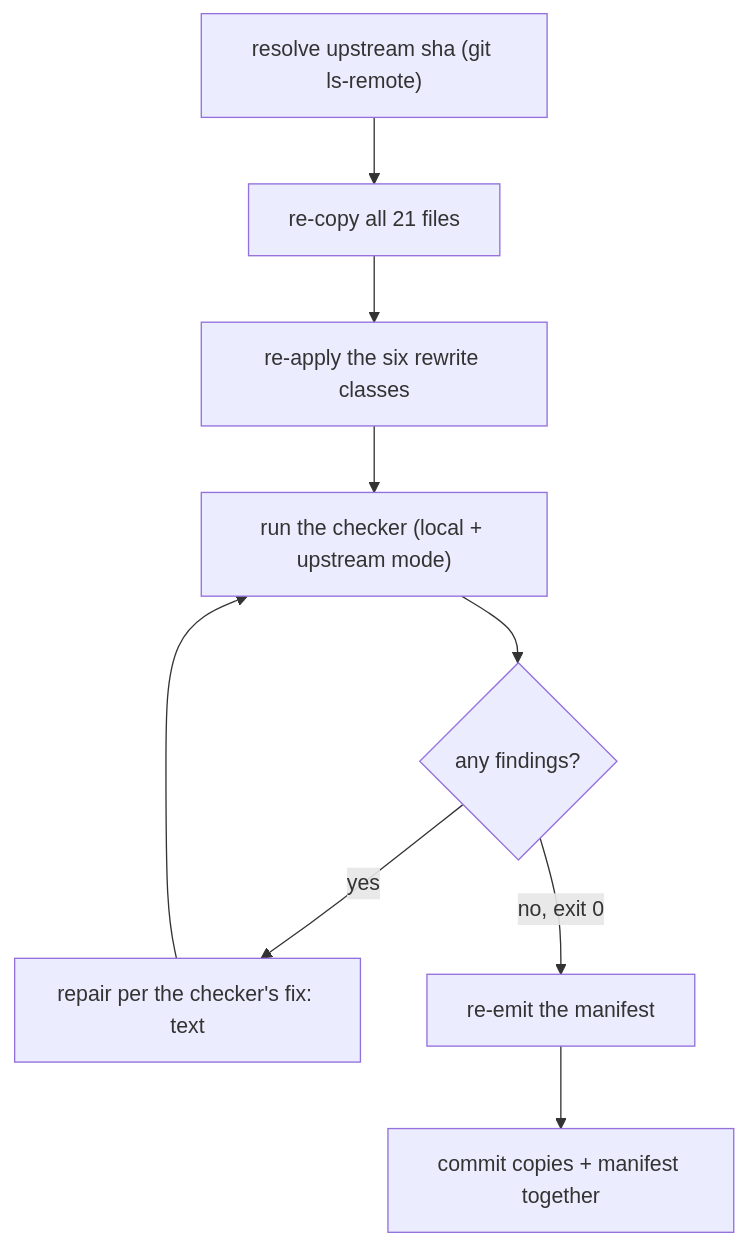
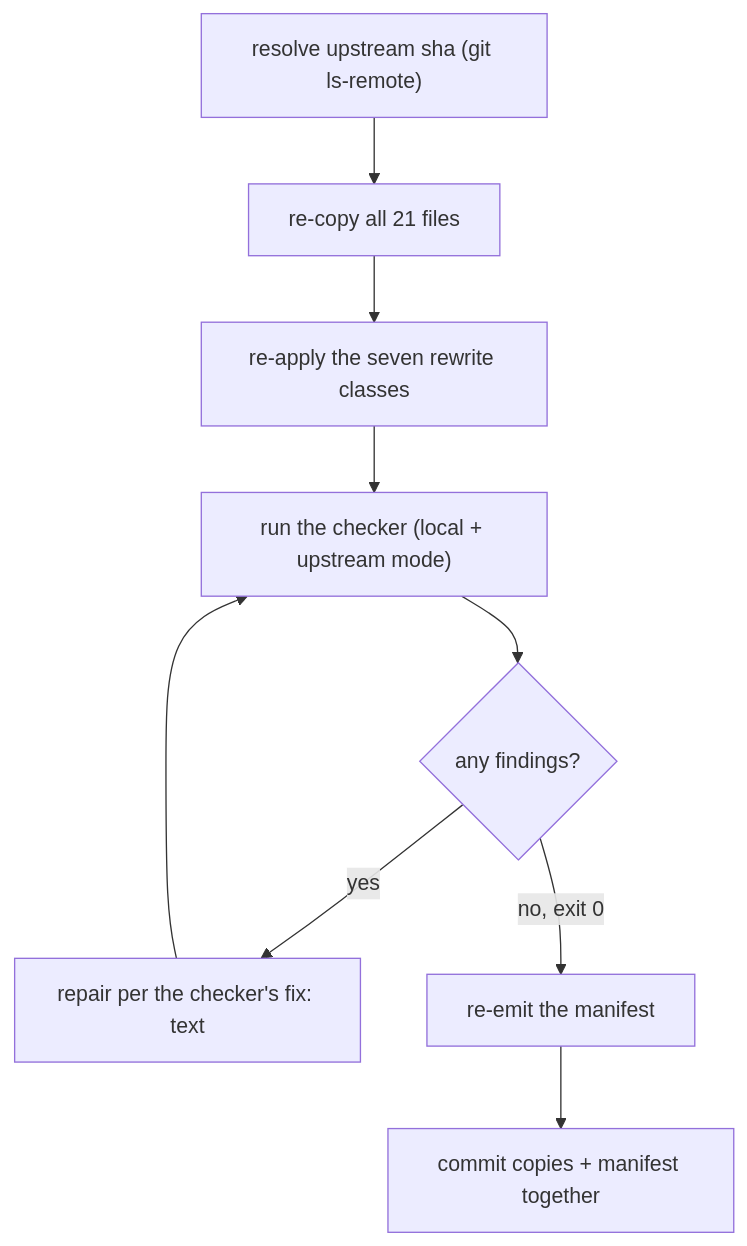
One commit to ThodsaphonSonthiphin/workflow-daily-work changed the diagram in plugins/dev-workflows/references/resync-superpowers.md. Above: the diagram before and after it, drawn with Mermaid. The commit also changed other lines of this file, not shown here.

Commit message:
docs(dev-workflows): Task 9 review - the seventh rewrite class, diagram placement, and an honest live-run limit

````diff
--- a/plugins/dev-workflows/references/resync-superpowers.md
+++ b/plugins/dev-workflows/references/resync-superpowers.md
@@ -8,11 +3,11 @@
 ```mermaid
 graph TD
     A["resolve upstream sha (git ls-remote)"] --> B["re-copy all 21 files"]
-    B --> C["re-apply the six rewrite classes"]
+    B --> C["re-apply the seven rewrite classes"]
     C --> D["run the checker (local + upstream mode)"]
     D --> E{"any findings?"}
     E -->|"yes"| F["repair per the checker's fix: text"]
     F --> D
     E -->|"no, exit 0"| G["re-emit the manifest"]
     G --> H["commit copies + manifest together"]
 ```
````
